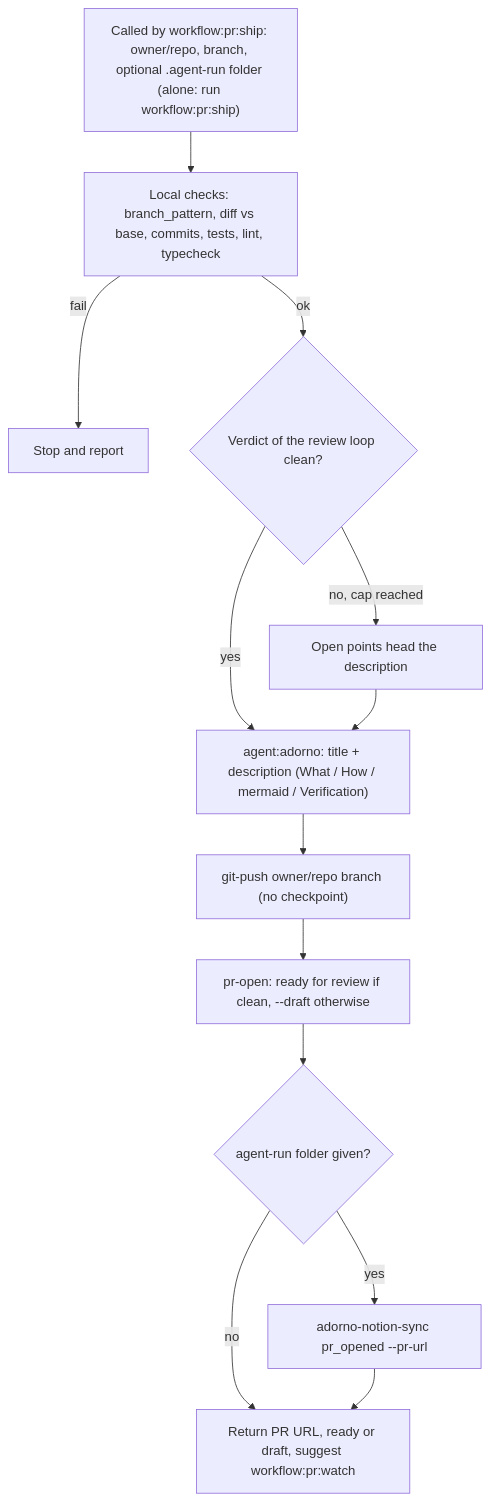
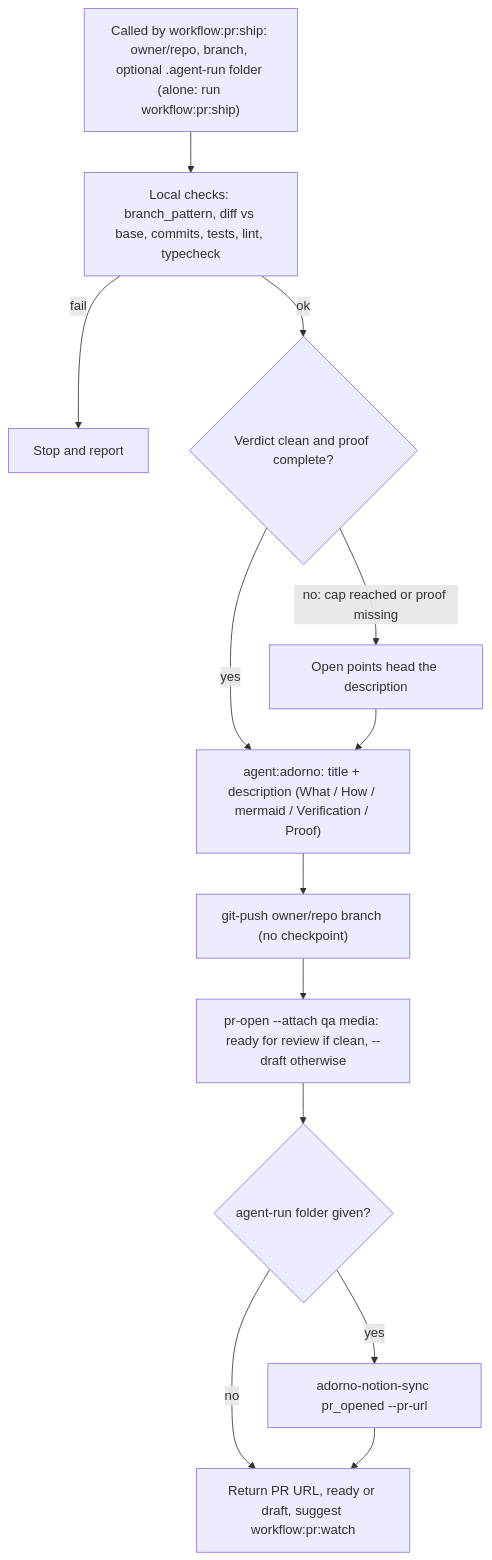
The second of 6 diagrams in src/workflows/pr/SCHEMA.md (nicolasmondain/adorno), drawn with Mermaid before and after one commit. The commit also changed other lines of this file and 47 other files, not shown here.

First line of the commit message:
feat(github): attach screenshots and videos to PRs, require proof on every PR (#14)

````diff
--- a/src/workflows/pr/SCHEMA.md
+++ b/src/workflows/pr/SCHEMA.md
@@ -26,15 +26,15 @@
 ```mermaid
 flowchart TD
   A["Called by workflow:pr:ship: owner/repo, branch, optional .agent-run folder (alone: run workflow:pr:ship)"] --> C["Local checks: branch_pattern, diff vs base, commits, tests, lint, typecheck"]
   C -->|"fail"| X["Stop and report"]
-  C -->|"ok"| G{"Verdict of the review loop clean?"}
-  G -->|"yes"| H["agent:adorno: title + description (What / How / mermaid / Verification)"]
-  G -->|"no, cap reached"| GH["Open points head the description"]
+  C -->|"ok"| G{"Verdict clean and proof complete?"}
+  G -->|"yes"| H["agent:adorno: title + description (What / How / mermaid / Verification / Proof)"]
+  G -->|"no: cap reached or proof missing"| GH["Open points head the description"]
   GH --> H
   H --> K["git-push owner/repo branch (no checkpoint)"]
-  K --> L["pr-open: ready for review if clean, --draft otherwise"]
+  K --> L["pr-open --attach qa media: ready for review if clean, --draft otherwise"]
   L --> NS{"agent-run folder given?"}
   NS -->|"yes"| NP["adorno-notion-sync pr_opened --pr-url"]
   NS -->|"no"| M["Return PR URL, ready or draft, suggest workflow:pr:watch"]
   NP --> M
 ```
````
